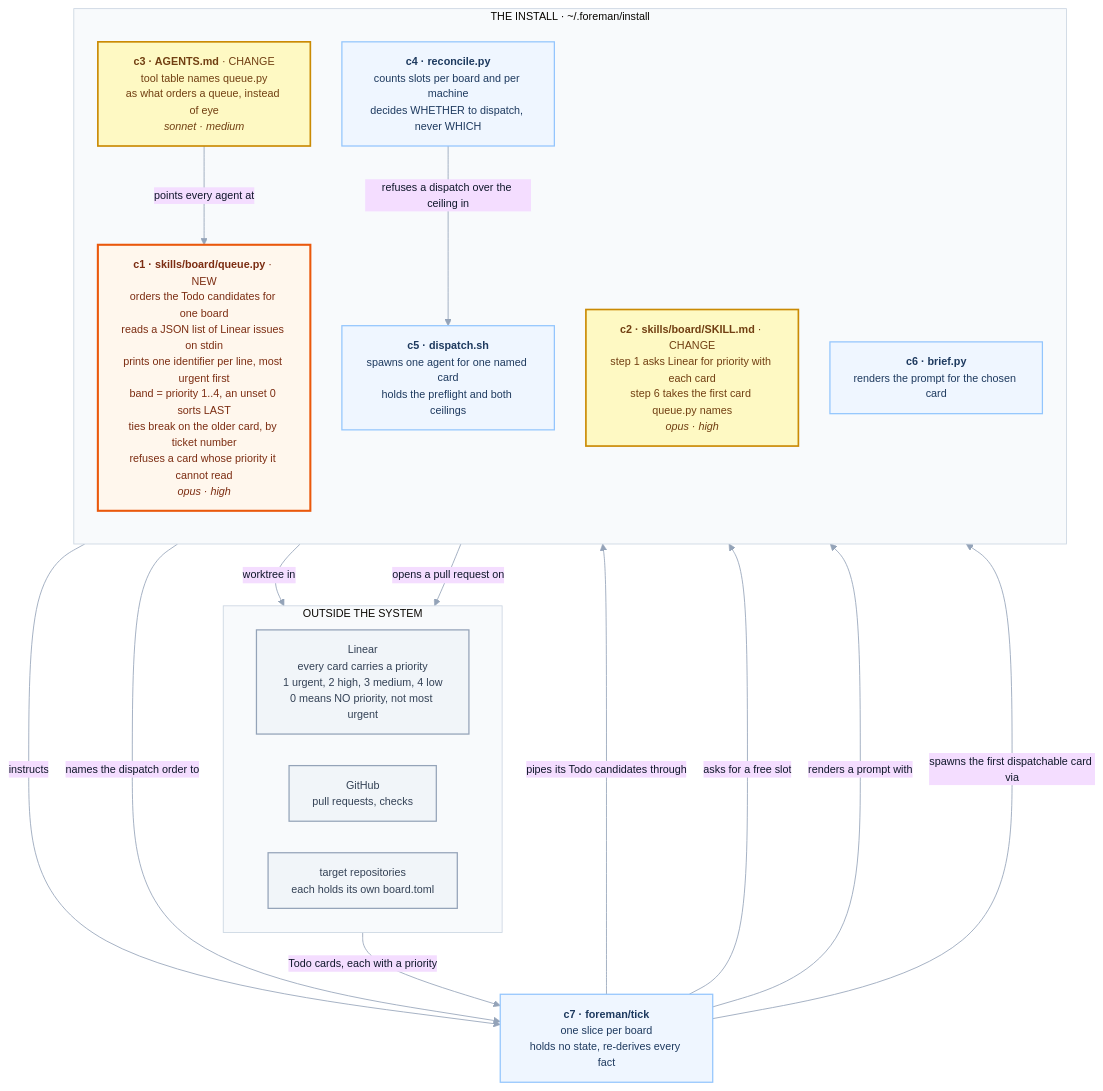
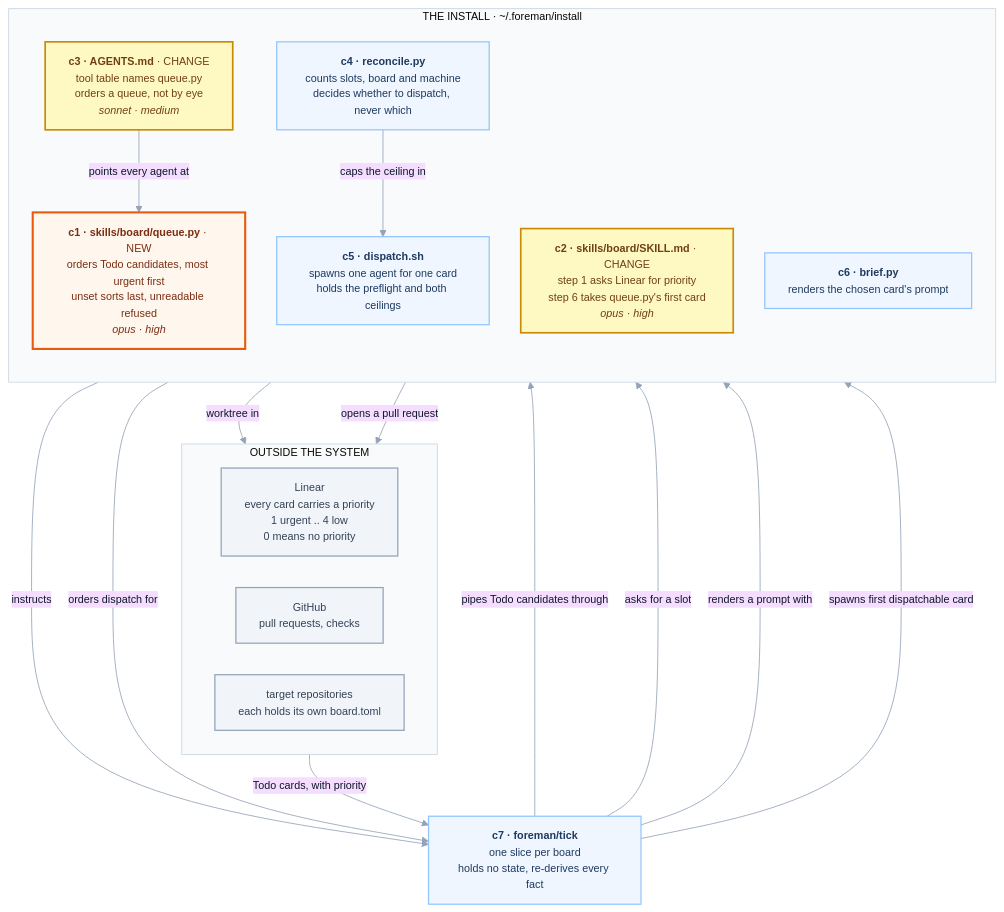
Before and after one commit to praveenVnktsh/foreman: the diagram in docs/plans/2026-09-01-linear-priority-queue.md, drawn with Mermaid. The commit also changed 7 other files, not shown here.

````diff
--- a/docs/plans/2026-09-01-linear-priority-queue.md
+++ b/docs/plans/2026-09-01-linear-priority-queue.md
@@ -1,55 +1,55 @@
 ```mermaid
 %%{init: {
   "theme": "base",
   "themeVariables": {
     "fontFamily": "Arial, Helvetica, sans-serif",
     "fontSize": "13px",
     "lineColor": "#94a3b8",
     "primaryTextColor": "#0f172a",
     "clusterBkg": "#f8fafc",
     "clusterBorder": "#cbd5e1"
   },
   "flowchart": { "curve": "basis", "nodeSpacing": 38, "rankSpacing": 55, "padding": 14 }
 }}%%
 flowchart TD
 
   subgraph OUT["OUTSIDE THE SYSTEM"]
     direction LR
-    lin["Linear<br/>every card carries a priority<br/>1 urgent, 2 high, 3 medium, 4 low<br/>0 means NO priority, not most urgent"]
+    lin["Linear<br/>every card carries a priority<br/>1 urgent .. 4 low<br/>0 means no priority"]
     gh["GitHub<br/>pull requests, checks"]
     repos["target repositories<br/>each holds its own board.toml"]
   end
 
   subgraph CODE["THE INSTALL · ~/.foreman/install"]
     direction TB
-    queue["<b>c1 · skills/board/queue.py</b> · NEW<br/>orders the Todo candidates for one board<br/>reads a JSON list of Linear issues on stdin<br/>prints one identifier per line, most urgent first<br/>band = priority 1..4, an unset 0 sorts LAST<br/>ties break on the older card, by ticket number<br/>refuses a card whose priority it cannot read<br/><i>opus · high</i>"]
-    skill["<b>c2 · skills/board/SKILL.md</b> · CHANGE<br/>step 1 asks Linear for priority with each card<br/>step 6 takes the first card queue.py names<br/><i>opus · high</i>"]
-    agents["<b>c3 · AGENTS.md</b> · CHANGE<br/>tool table names queue.py<br/>as what orders a queue, instead of eye<br/><i>sonnet · medium</i>"]
-    rec["<b>c4 · reconcile.py</b><br/>counts slots per board and per machine<br/>decides WHETHER to dispatch, never WHICH"]
-    disp["<b>c5 · dispatch.sh</b><br/>spawns one agent for one named card<br/>holds the preflight and both ceilings"]
-    brief["<b>c6 · brief.py</b><br/>renders the prompt for the chosen card"]
+    queue["<b>c1 · skills/board/queue.py</b> · NEW<br/>orders Todo candidates, most urgent first<br/>unset sorts last, unreadable refused<br/><i>opus · high</i>"]
+    skill["<b>c2 · skills/board/SKILL.md</b> · CHANGE<br/>step 1 asks Linear for priority<br/>step 6 takes queue.py's first card<br/><i>opus · high</i>"]
+    agents["<b>c3 · AGENTS.md</b> · CHANGE<br/>tool table names queue.py<br/>orders a queue, not by eye<br/><i>sonnet · medium</i>"]
+    rec["<b>c4 · reconcile.py</b><br/>counts slots, board and machine<br/>decides whether to dispatch, never which"]
+    disp["<b>c5 · dispatch.sh</b><br/>spawns one agent for one card<br/>holds the preflight and both ceilings"]
+    brief["<b>c6 · brief.py</b><br/>renders the chosen card's prompt"]
   end
 
   tick["<b>c7 · foreman/tick</b><br/>one slice per board<br/>holds no state, re-derives every fact"]
 
-  lin -->|Todo cards, each with a priority| tick
+  lin -->|Todo cards, with priority| tick
   skill -->|instructs| tick
   agents -->|points every agent at| queue
-  tick -->|pipes its Todo candidates through| queue
-  queue -->|names the dispatch order to| tick
-  tick -->|asks for a free slot| rec
+  tick -->|pipes Todo candidates through| queue
+  queue -->|orders dispatch for| tick
+  tick -->|asks for a slot| rec
   tick -->|renders a prompt with| brief
-  tick -->|spawns the first dispatchable card via| disp
-  rec -->|refuses a dispatch over the ceiling in| disp
+  tick -->|spawns first dispatchable card| disp
+  rec -->|caps the ceiling in| disp
   disp -->|worktree in| repos
-  disp -->|opens a pull request on| gh
+  disp -->|opens a pull request| gh
 
   classDef new  fill:#fff7ed,stroke:#ea580c,stroke-width:2.5px,color:#7c2d12
   classDef chg  fill:#fef9c3,stroke:#ca8a04,stroke-width:2px,color:#713f12
   classDef same fill:#eff6ff,stroke:#93c5fd,stroke-width:1.5px,color:#1e3a5f
   classDef ext  fill:#f1f5f9,stroke:#94a3b8,stroke-width:1.5px,color:#334155
   class queue new
   class skill,agents chg
   class rec,disp,brief,tick same
   class lin,gh,repos ext
 ```
````
